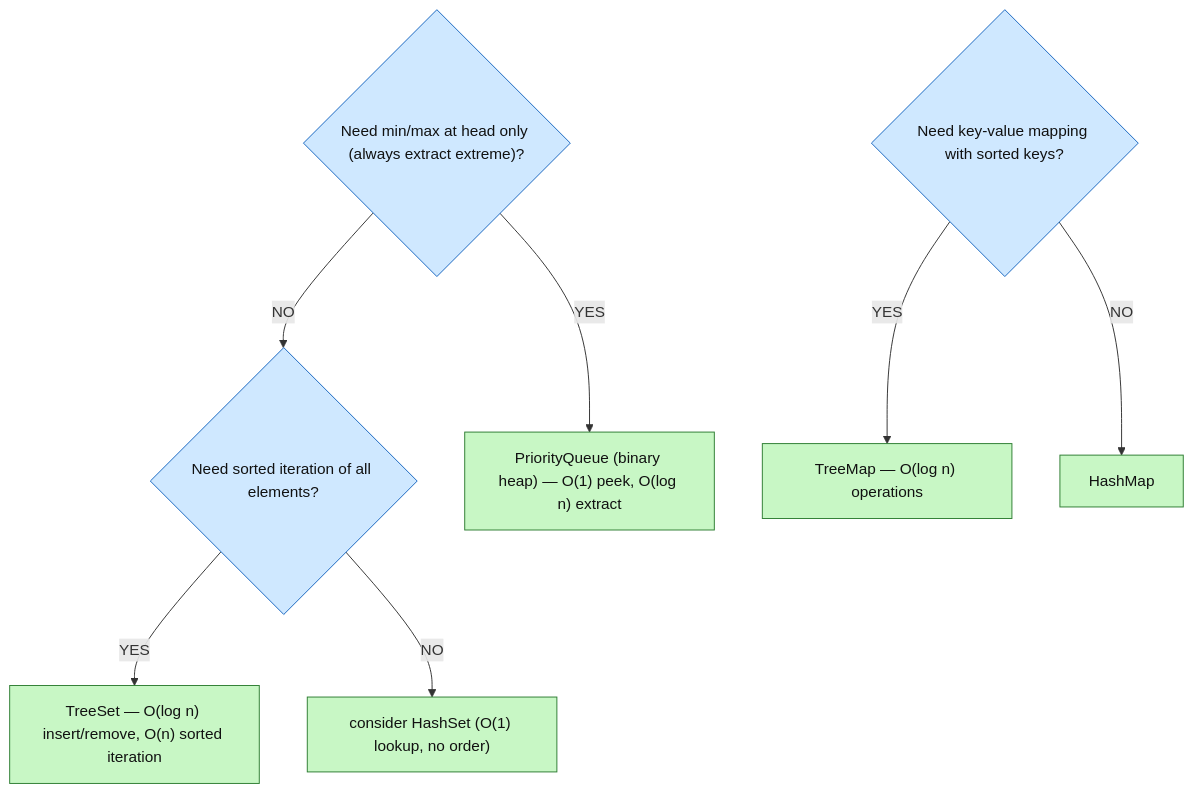
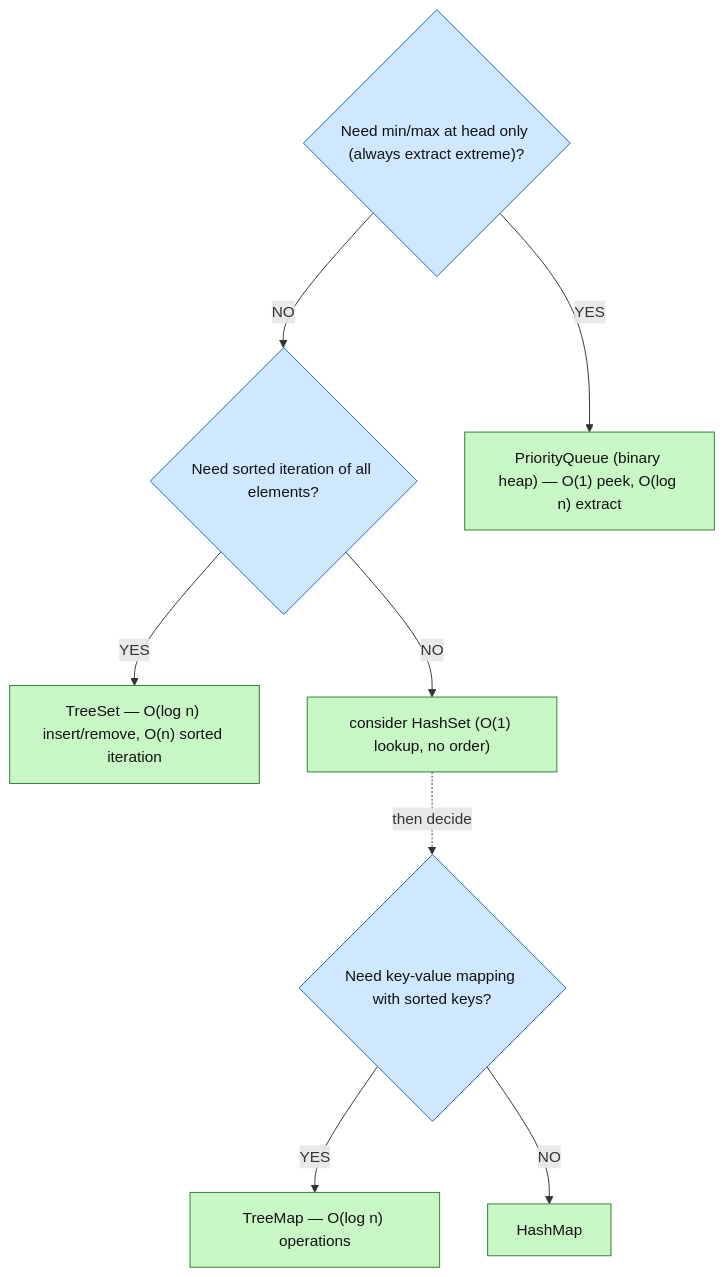
Before and after one commit to SaiHarsha502vvit/Daily-Prep: the ninth of 10 diagrams in 02_Data_Structures/02a_DS_Variants_Core.md, drawn with Mermaid. The commit also changed other lines of this file and 9 other files, not shown here.

First line of the commit message:
docs(data-structures): decision trees to Mermaid in A3/A4 and connect chained questions

````diff
--- a/02_Data_Structures/02a_DS_Variants_Core.md
+++ b/02_Data_Structures/02a_DS_Variants_Core.md
@@ -2028,16 +2028,17 @@
 ```mermaid
 flowchart TD
     Q0{"Need min/max at head only (always extract extreme)?"}
     Q1{"Need sorted iteration of all elements?"}
     Q2{"Need key-value mapping with sorted keys?"}
     Q0 -- YES --> A1["PriorityQueue (binary heap) — O(1) peek, O(log n) extract"]
     Q0 -- NO --> Q1
     Q1 -- YES --> A2["TreeSet — O(log n) insert/remove, O(n) sorted iteration"]
     Q1 -- NO --> A3["consider HashSet (O(1) lookup, no order)"]
     Q2 -- YES --> A4["TreeMap — O(log n) operations"]
     Q2 -- NO --> A5["HashMap"]
+    A3 -. "then decide" .-> Q2
     classDef ask fill:#cfe8ff,stroke:#1565c0,color:#111
     classDef ans fill:#c8f7c5,stroke:#2e7d32,color:#111
     class Q0,Q1,Q2 ask
     class A1,A2,A3,A4,A5 ans
 ```
````
